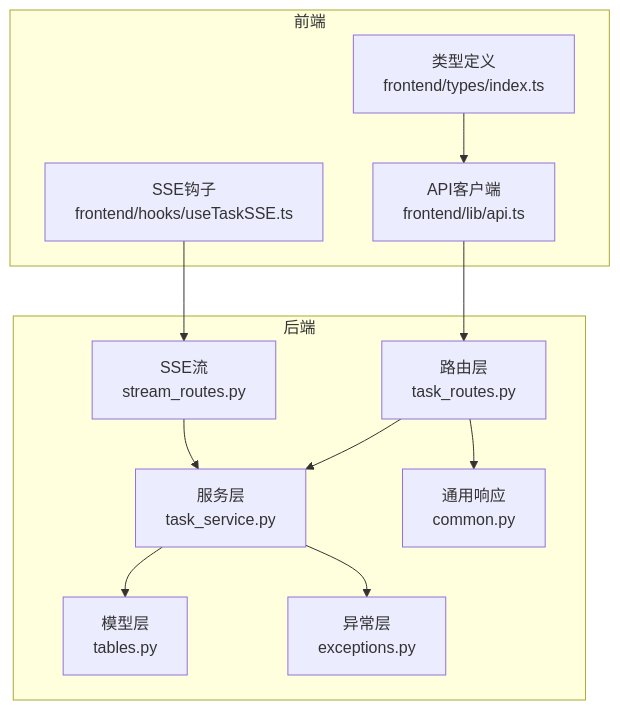
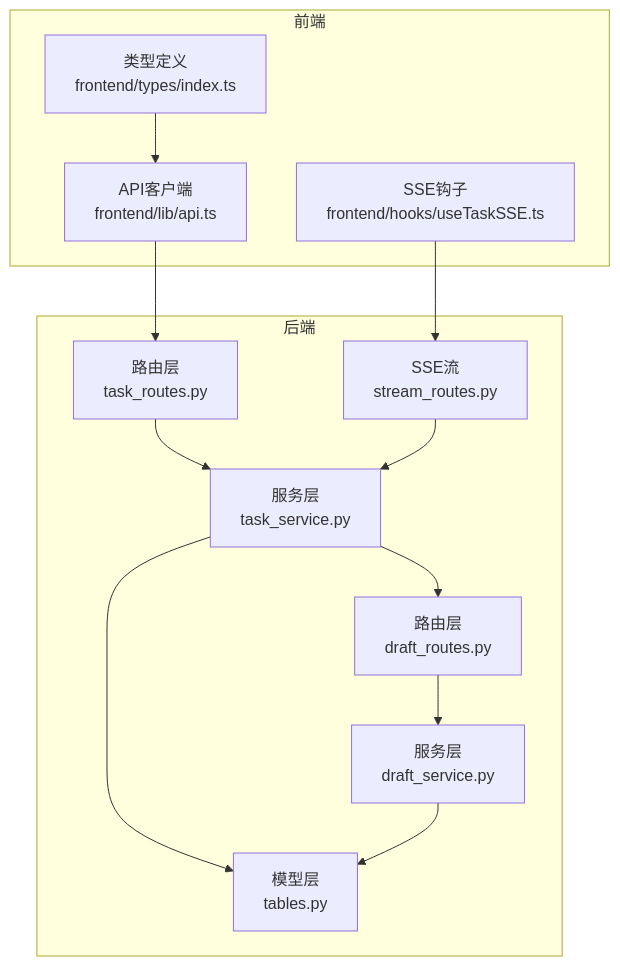
One commit to sansansansansan2022-web/hotclaw changed the first of 7 diagrams in .qoder/repowiki/zh/content/API接口文档/任务管理API.md. Above: the diagram before and after it, drawn with Mermaid. The commit also changed other lines of this file and 44 other files, not shown here.

````diff
--- a/.qoder/repowiki/zh/content/API接口文档/任务管理API.md
+++ b/.qoder/repowiki/zh/content/API接口文档/任务管理API.md
@@ -41,24 +49,25 @@
 ```mermaid
 graph TB
 subgraph "后端"
 R["路由层<br/>task_routes.py"]
+DS["路由层<br/>draft_routes.py"]
 S["服务层<br/>task_service.py"]
+DSS["服务层<br/>draft_service.py"]
 M["模型层<br/>tables.py"]
-E["异常层<br/>exceptions.py"]
-C["通用响应<br/>common.py"]
 ST["SSE流<br/>stream_routes.py"]
 end
 subgraph "前端"
 FAPI["API客户端<br/>frontend/lib/api.ts"]
 FTYPES["类型定义<br/>frontend/types/index.ts"]
 FSSE["SSE钩子<br/>frontend/hooks/useTaskSSE.ts"]
 end
 R --> S
+DS --> DSS
 S --> M
-S --> E
-R --> C
+DSS --> M
+S --> DS
 ST --> S
 FAPI --> R
 FSSE --> ST
 FTYPES --> FAPI
 ```
````
